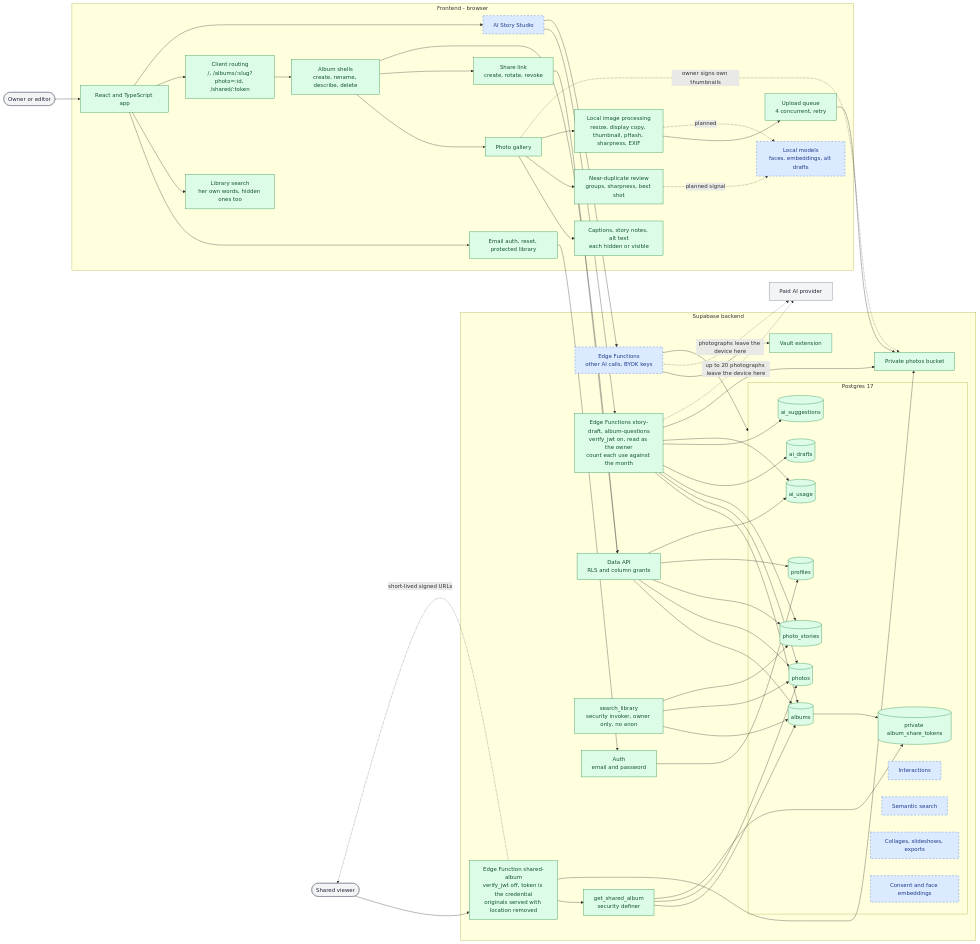
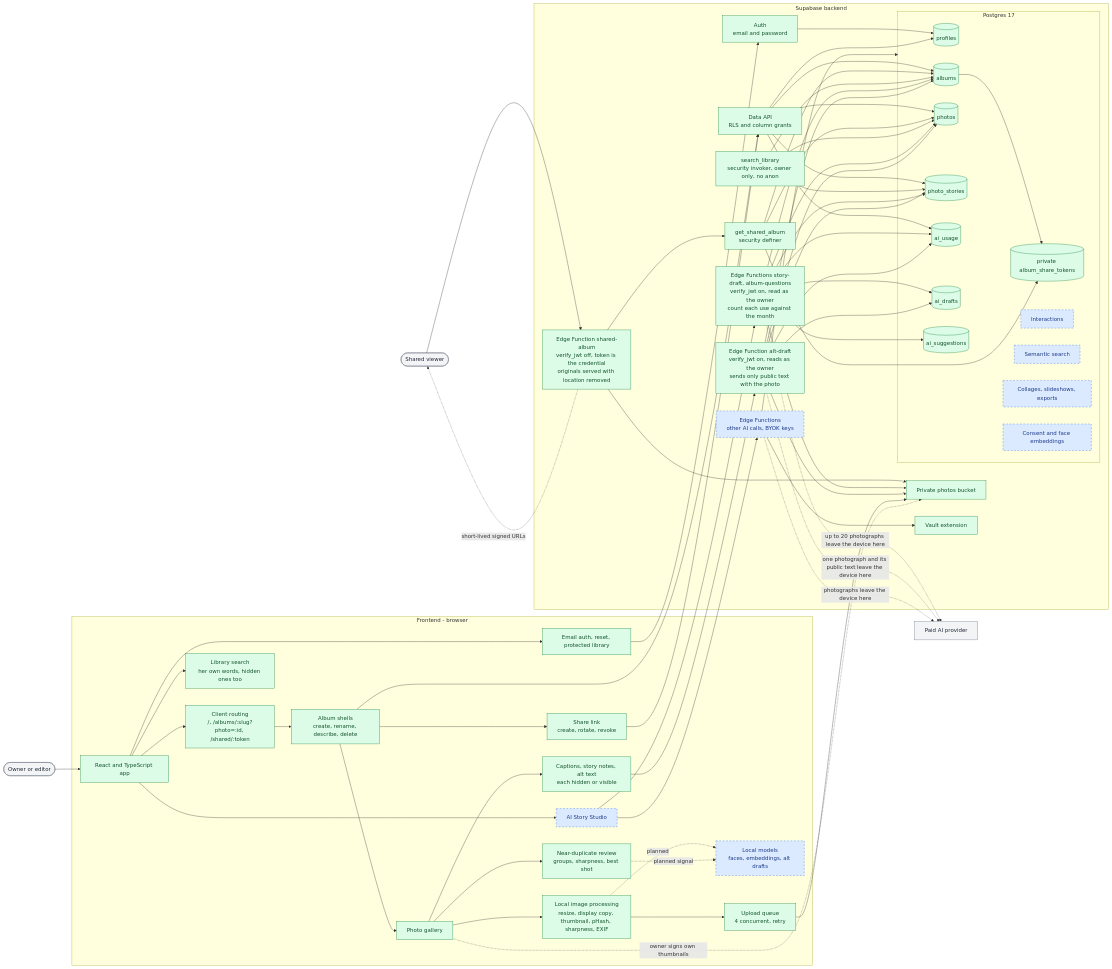
One commit to Elizabeth1979/albums-studio changed the first of 3 diagrams in docs/project-structure.md. Above: the diagram before and after it, drawn with Mermaid. The commit also changed other lines of this file and 18 other files, not shown here.

```diff
--- a/docs/project-structure.md
+++ b/docs/project-structure.md
@@ -106,6 +106,7 @@
 
         EdgeShare["Edge Function shared-album<br/>verify_jwt off, token is the credential<br/>originals served with location removed"]:::current
         EdgeStory["Edge Functions story-draft, album-questions<br/>verify_jwt on, read as the owner<br/>count each use against the month"]:::current
+        EdgeAlt["Edge Function alt-draft<br/>verify_jwt on, reads as the owner<br/>sends only public text with the photo"]:::current
         EdgeAI["Edge Functions<br/>other AI calls, BYOK keys"]:::planned
 
         Auth --> Profiles
@@ -117,6 +118,8 @@
         EdgeShare --> Storage
         EdgeStory --> Albums & Photos & Stories & Drafts & Questions & Usage
         EdgeStory --> Storage
+        EdgeAlt --> Albums & Photos & Stories & Drafts & Usage
+        EdgeAlt --> Storage
         EdgeAI --> Database
         EdgeAI --> Vault
     end
@@ -129,6 +132,8 @@
     PhotoUI -. "owner signs own thumbnails" .-> Storage
     Studio --> EdgeStory
     EdgeStory -. "up to 20 photographs leave the device here" .-> Provider
+    TextUI --> EdgeAlt
+    EdgeAlt -. "one photograph and its public text leave the device here" .-> Provider
     Studio --> EdgeAI
     EdgeAI -. "photographs leave the device here" .-> Provider
     Viewer --> EdgeShare
```
